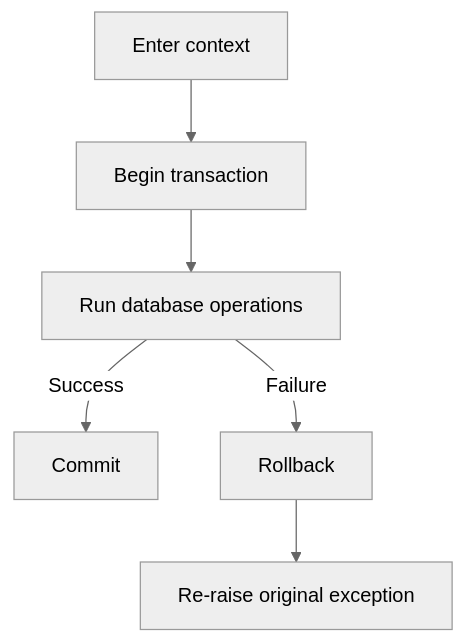
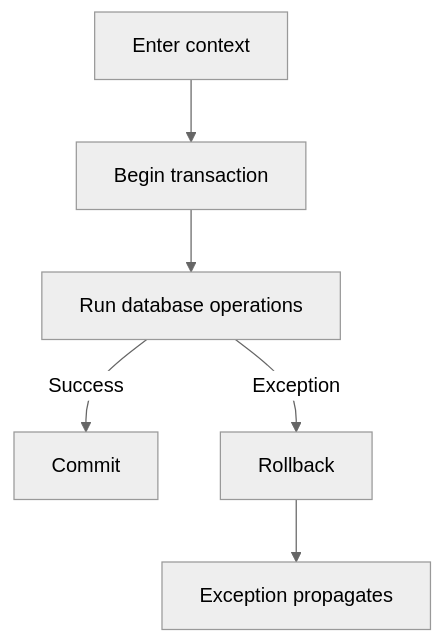
The second of 2 diagrams in src/content/python/context-managers.md (AvadhBhalodiya/Interview-Preparation), drawn with Mermaid (neutral theme) before and after one commit. The commit also changed other lines of this file and 80 other files, not shown here.

````diff
--- a/src/content/python/context-managers.md
+++ b/src/content/python/context-managers.md
@@ -554,8 +184,8 @@
 ```mermaid
 flowchart TD
     A[Enter context] --> B[Begin transaction]
     B --> C[Run database operations]
     C -->|Success| D[Commit]
-    C -->|Failure| E[Rollback]
-    E --> F[Re-raise original exception]
+    C -->|Exception| E[Rollback]
+    E --> F[Exception propagates]
 ```
````
